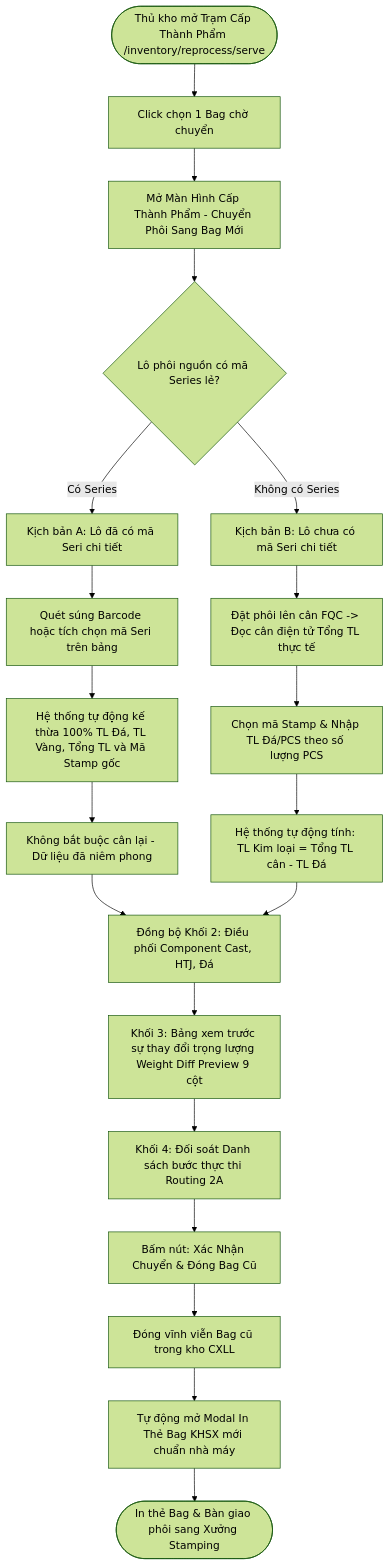
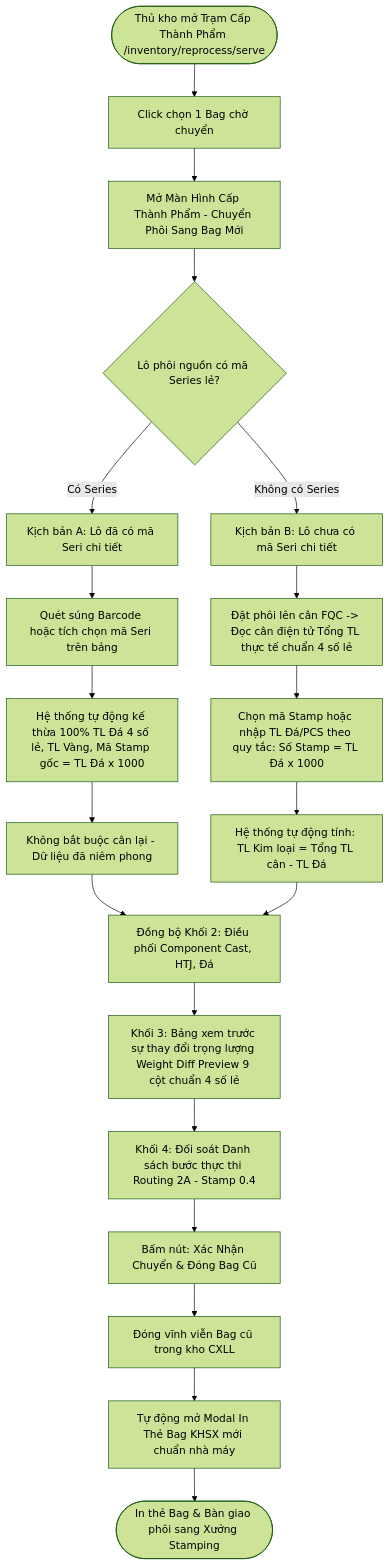
One commit to midumidu1213-collab/order-prototype changed the diagram in docs/user-stories/US-KTP-03-tram-cap-thanh-pham-serve-fg-in-the-bag.md. Above: the diagram before and after it, drawn with Mermaid (forest theme). The commit also changed other lines of this file and 1 other file, not shown here.

Commit message:
fix(serve): chuan hoa so stamp = TL da x 1000 va dinh dang 4 so sau thap phan cho trong luong

````diff
--- a/docs/user-stories/US-KTP-03-tram-cap-thanh-pham-serve-fg-in-the-bag.md
+++ b/docs/user-stories/US-KTP-03-tram-cap-thanh-pham-serve-fg-in-the-bag.md
@@ -142,31 +150,31 @@
 ```mermaid
 flowchart TD
     Start([Thủ kho mở Trạm Cấp Thành Phẩm /inventory/reprocess/serve]) --> SelectBag[Click chọn 1 Bag chờ chuyển]
     SelectBag --> OpenTransfer[Mở Màn Hình Cấp Thành Phẩm - Chuyển Phôi Sang Bag Mới]
     
     OpenTransfer --> CheckSeries{Lô phôi nguồn có mã Series lẻ?}
     
     %% Kịch bản A
     CheckSeries -- Có Series --> ScenarioA[Kịch bản A: Lô đã có mã Seri chi tiết]
     ScenarioA --> ScanOrPick[Quét súng Barcode hoặc tích chọn mã Seri trên bảng]
-    ScanOrPick --> InheritWeight[Hệ thống tự động kế thừa 100% TL Đá, TL Vàng, Tổng TL và Mã Stamp gốc]
+    ScanOrPick --> InheritWeight[Hệ thống tự động kế thừa 100% TL Đá 4 số lẻ, TL Vàng, Mã Stamp gốc = TL Đá x 1000]
     InheritWeight --> NoScale[Không bắt buộc cân lại - Dữ liệu đã niêm phong]
     
     %% Kịch bản B
     CheckSeries -- Không có Series --> ScenarioB[Kịch bản B: Lô chưa có mã Seri chi tiết]
-    ScenarioB --> FQCScale[Đặt phôi lên cân FQC -> Đọc cân điện tử Tổng TL thực tế]
-    FQCScale --> PickStamp[Chọn mã Stamp & Nhập TL Đá/PCS theo số lượng PCS]
+    ScenarioB --> FQCScale[Đặt phôi lên cân FQC -> Đọc cân điện tử Tổng TL thực tế chuẩn 4 số lẻ]
+    FQCScale --> PickStamp[Chọn mã Stamp hoặc nhập TL Đá/PCS theo quy tắc: Số Stamp = TL Đá x 1000]
     PickStamp --> CalcMetal[Hệ thống tự động tính: TL Kim loại = Tổng TL cân - TL Đá]
     
     %% Đồng bộ chung
     NoScale --> SyncComponent[Đồng bộ Khối 2: Điều phối Component Cast, HTJ, Đá]
     CalcMetal --> SyncComponent
     
-    SyncComponent --> DiffPreview[Khối 3: Bảng xem trước sự thay đổi trọng lượng Weight Diff Preview 9 cột]
-    DiffPreview --> CheckRouting[Khối 4: Đối soát Danh sách bước thực thi Routing 2A]
+    SyncComponent --> DiffPreview[Khối 3: Bảng xem trước sự thay đổi trọng lượng Weight Diff Preview 9 cột chuẩn 4 số lẻ]
+    DiffPreview --> CheckRouting[Khối 4: Đối soát Danh sách bước thực thi Routing 2A - Stamp 0.4]
     
     CheckRouting --> ConfirmTransfer[Bấm nút: Xác Nhận Chuyển & Đóng Bag Cũ]
     ConfirmTransfer --> CloseOldBag[Đóng vĩnh viễn Bag cũ trong kho CXLL]
     CloseOldBag --> OpenPrintModal[Tự động mở Modal In Thẻ Bag KHSX mới chuẩn nhà máy]
     OpenPrintModal --> End([In thẻ Bag & Bàn giao phôi sang Xưởng Stamping])
 ```
````
